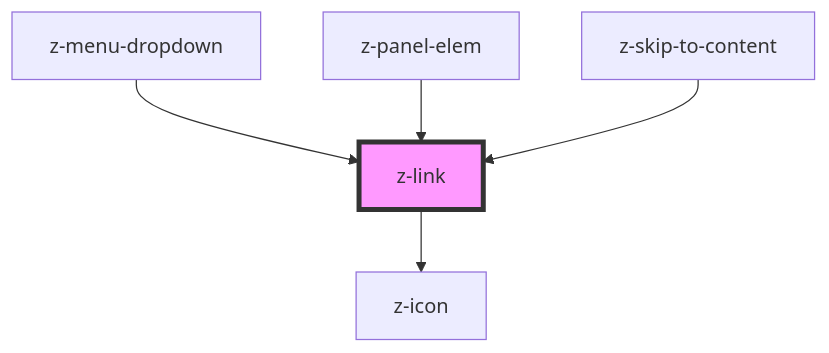
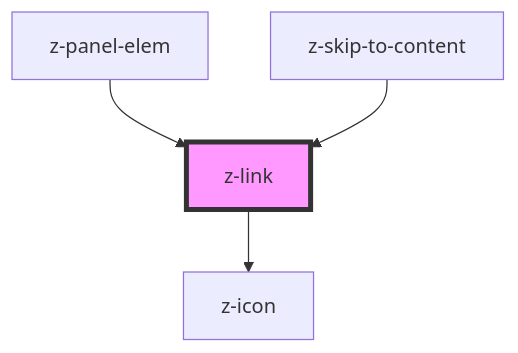
The diagram in src/components/navigation/z-link/readme.md (ZanichelliEditore/design-system), drawn with Mermaid before and after one commit. The commit also changed other lines of this file and 7 other files, not shown here.

````diff
--- a/src/components/navigation/z-link/readme.md
+++ b/src/components/navigation/z-link/readme.md
@@ -61,8 +60,7 @@
 ```mermaid
 graph TD;
   z-link --> z-icon
-  z-menu-dropdown --> z-link
   z-panel-elem --> z-link
   z-skip-to-content --> z-link
   style z-link fill:#f9f,stroke:#333,stroke-width:4px
 ```
````
